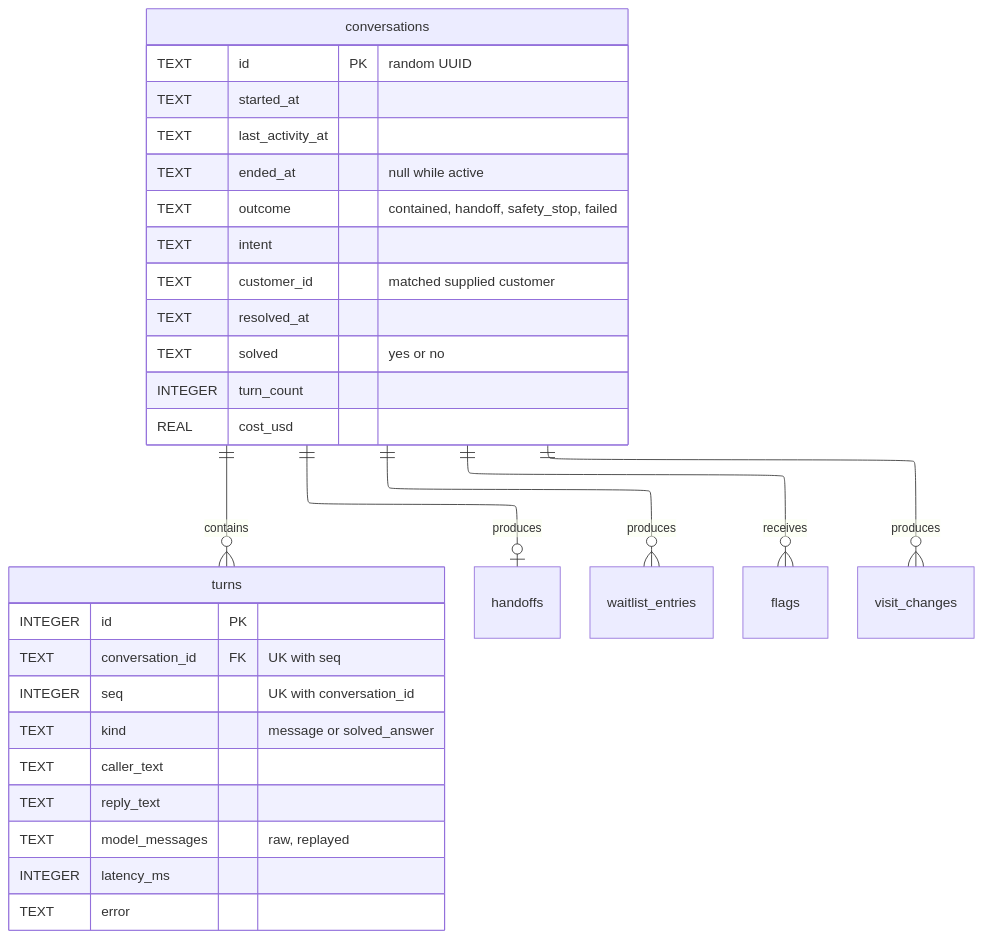
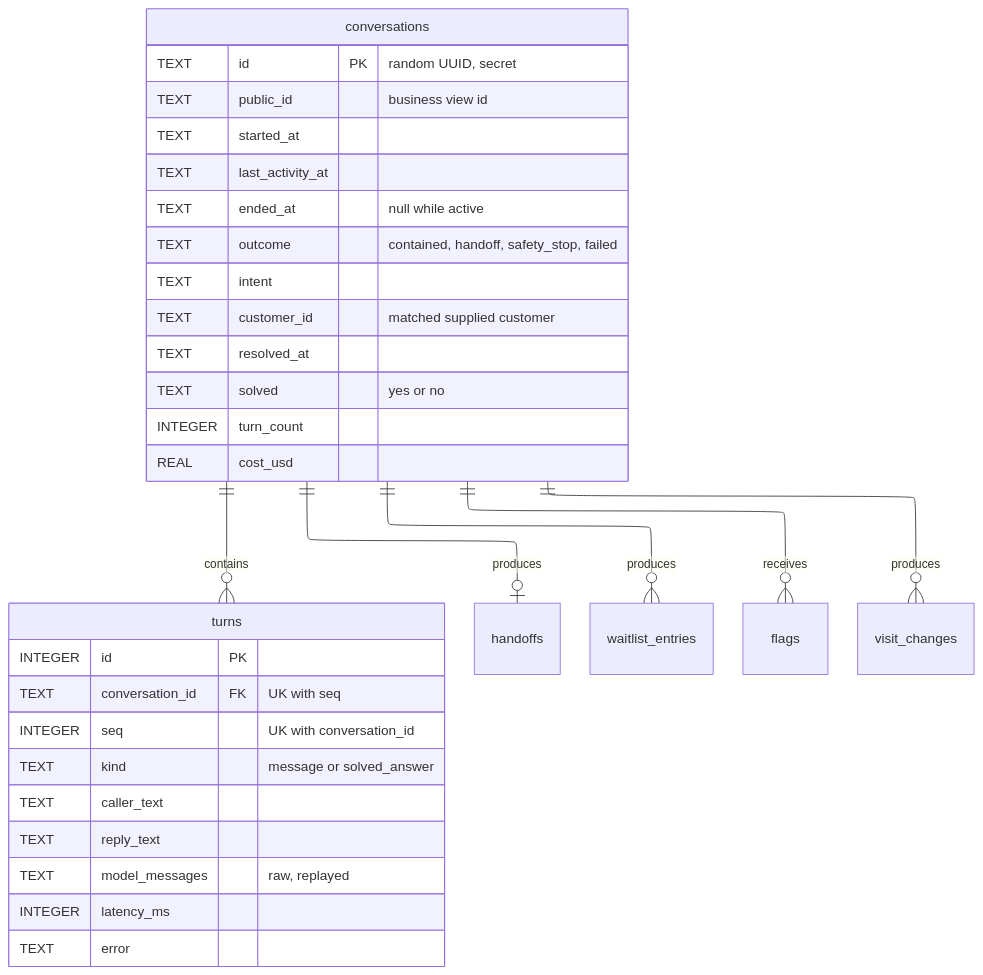
The ninth of 11 diagrams in docs/ARCHITECTURE.md (ThinkBuildMake/aea-fde-challenge), drawn with Mermaid before and after one commit. The commit also changed other lines of this file, not shown here.

First line of the commit message:
Apply architecture review findings: public ids, safety-stop handoff, audit retirement, eval weighting

````diff
--- a/docs/ARCHITECTURE.md
+++ b/docs/ARCHITECTURE.md
@@ -351,37 +354,38 @@
 ```mermaid
 %%{init: {"layout": "elk"}}%%
 erDiagram
   conversations {
-    TEXT id PK "random UUID"
+    TEXT id PK "random UUID, secret"
+    TEXT public_id "business view id"
     TEXT started_at
     TEXT last_activity_at
     TEXT ended_at "null while active"
     TEXT outcome "contained, handoff, safety_stop, failed"
     TEXT intent
     TEXT customer_id "matched supplied customer"
     TEXT resolved_at
     TEXT solved "yes or no"
     INTEGER turn_count
     REAL cost_usd
   }
   turns {
     INTEGER id PK
     TEXT conversation_id FK "UK with seq"
     INTEGER seq "UK with conversation_id"
     TEXT kind "message or solved_answer"
     TEXT caller_text
     TEXT reply_text
     TEXT model_messages "raw, replayed"
     INTEGER latency_ms
     TEXT error
   }
   handoffs
   waitlist_entries
   flags
   visit_changes
   conversations ||--o{ turns : contains
   conversations ||--o| handoffs : produces
   conversations ||--o{ waitlist_entries : produces
   conversations ||--o{ flags : receives
   conversations ||--o{ visit_changes : produces
 ```
````
